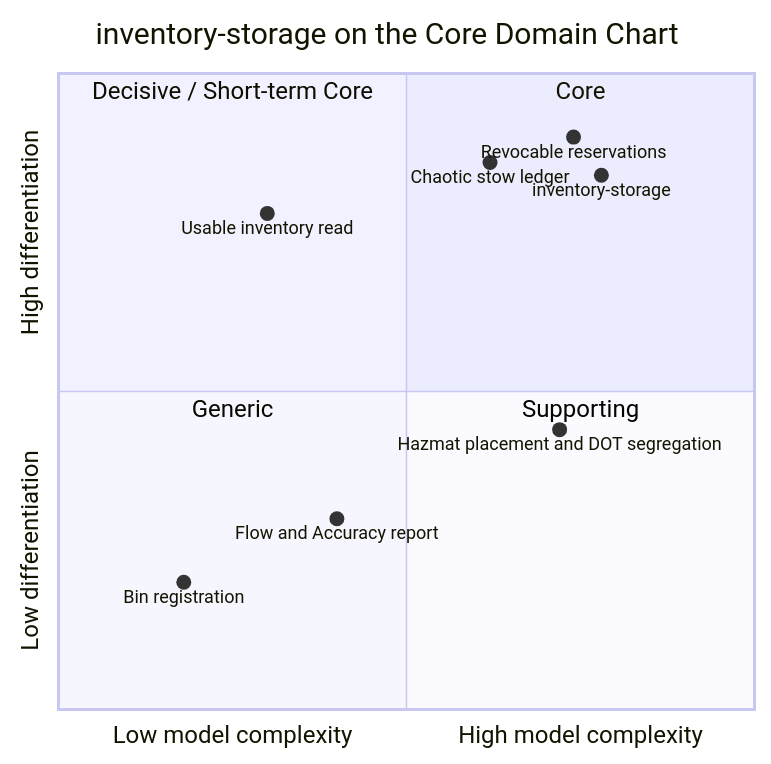
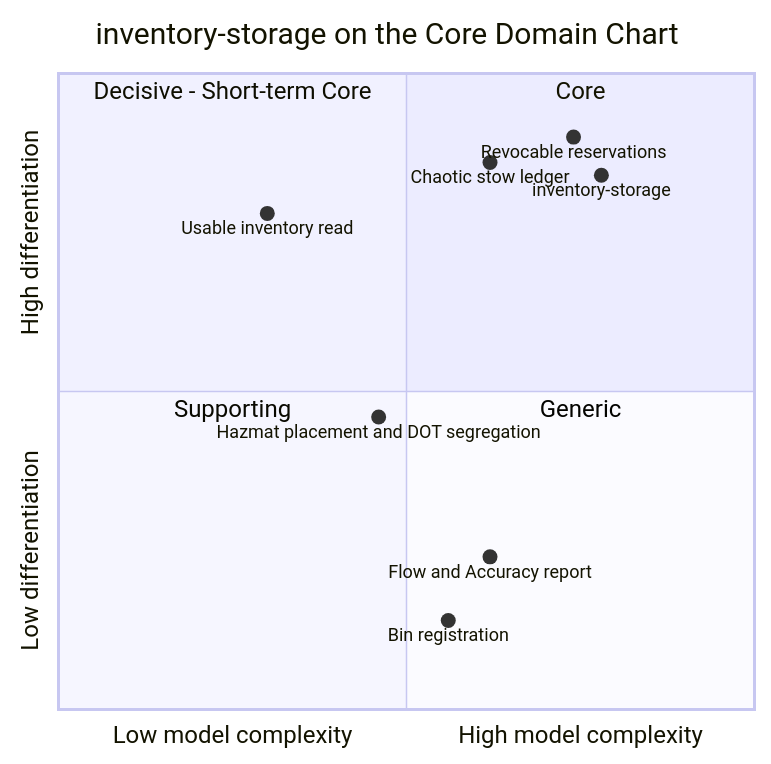
The diagram in docs/docs/ddd/core-domain-chart.md (IQVO/inventory-storage), drawn with Mermaid before and after one commit. The commit also changed other lines of this file, not shown here.

Commit message:
docs(ddd): align core domain chart quadrants with the ddd-crew template
Mermaid numbers quadrants 1=top-right, 2=top-left, 3=bottom-left,
4=bottom-right. The chart had Generic and Supporting swapped relative to
the ddd-crew Core Domain Chart and to every sibling repo; relabel and move
the Supporting/Generic capability points so the plot agrees with the prose.

````diff
--- a/docs/docs/ddd/core-domain-chart.md
+++ b/docs/docs/ddd/core-domain-chart.md
@@ -18,17 +18,17 @@
 ```mermaid
 quadrantChart
     title inventory-storage on the Core Domain Chart
     x-axis Low model complexity --> High model complexity
     y-axis Low differentiation --> High differentiation
     quadrant-1 Core
-    quadrant-2 Decisive / Short-term Core
-    quadrant-3 Generic
-    quadrant-4 Supporting
+    quadrant-2 Decisive - Short-term Core
+    quadrant-3 Supporting
+    quadrant-4 Generic
     inventory-storage: [0.78, 0.84]
     Revocable reservations: [0.74, 0.9]
     Chaotic stow ledger: [0.62, 0.86]
     Usable inventory read: [0.3, 0.78]
-    Hazmat placement and DOT segregation: [0.72, 0.44]
-    Flow and Accuracy report: [0.4, 0.3]
-    Bin registration: [0.18, 0.2]
+    Hazmat placement and DOT segregation: [0.46, 0.46]
+    Flow and Accuracy report: [0.62, 0.24]
+    Bin registration: [0.56, 0.14]
 ```
````
